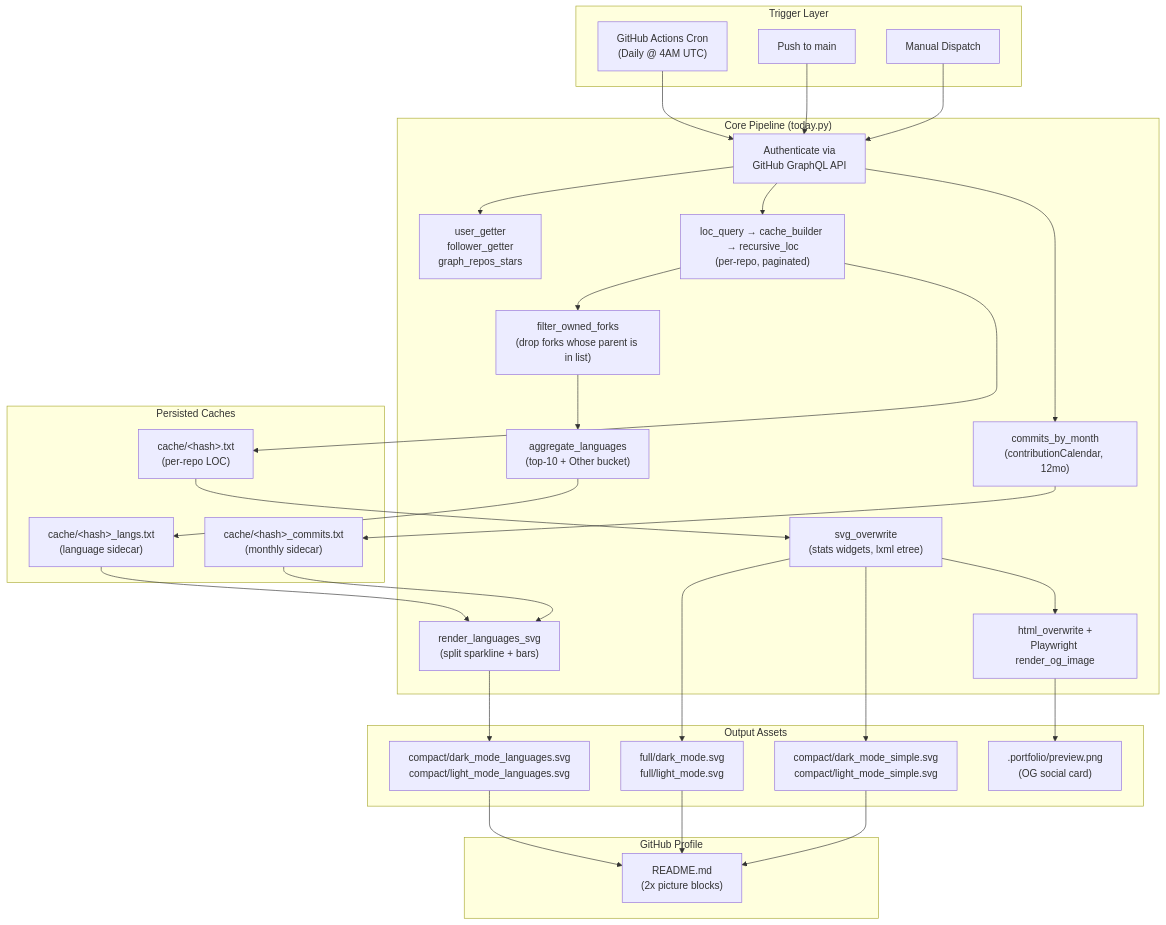
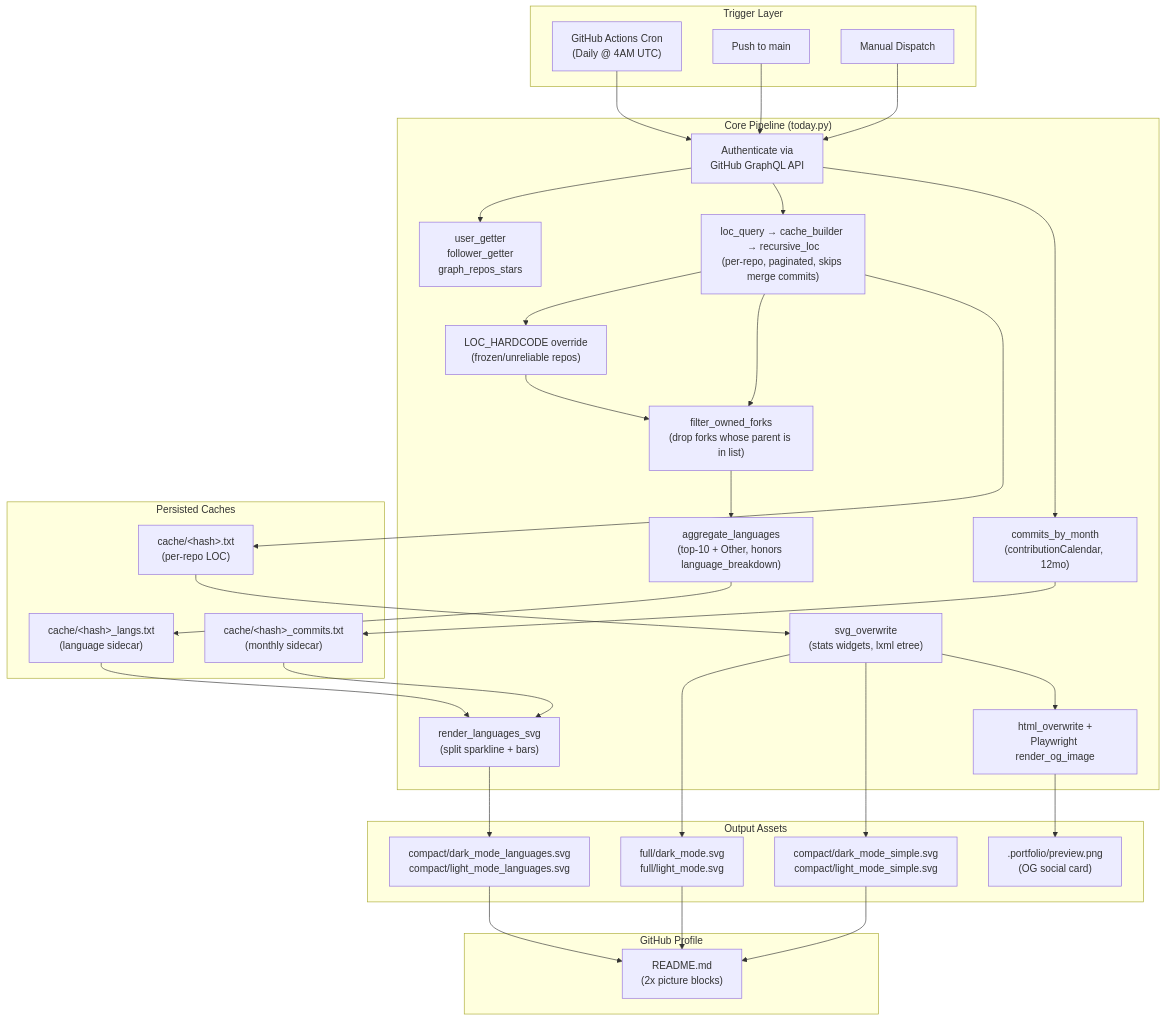
Before and after one commit to Technical-1/Technical-1: the diagram in .portfolio/architecture.md, drawn with Mermaid. The commit also changed other lines of this file and 2 other files, not shown here.

````diff
--- a/.portfolio/architecture.md
+++ b/.portfolio/architecture.md
@@ -5,60 +5,63 @@
 ```mermaid
 flowchart TD
     subgraph Trigger["Trigger Layer"]
         CRON["GitHub Actions Cron<br/>(Daily @ 4AM UTC)"]
         PUSH["Push to main"]
         MANUAL["Manual Dispatch"]
     end
 
     subgraph Core["Core Pipeline (today.py)"]
         AUTH["Authenticate via<br/>GitHub GraphQL API"]
         FETCH_USER["user_getter<br/>follower_getter<br/>graph_repos_stars"]
-        FETCH_LOC["loc_query → cache_builder → recursive_loc<br/>(per-repo, paginated)"]
+        FETCH_LOC["loc_query → cache_builder → recursive_loc<br/>(per-repo, paginated, skips merge commits)"]
+        HARDCODE["LOC_HARDCODE override<br/>(frozen/unreliable repos)"]
         FILTER_FORKS["filter_owned_forks<br/>(drop forks whose parent is in list)"]
-        AGG_LANG["aggregate_languages<br/>(top-10 + Other bucket)"]
+        AGG_LANG["aggregate_languages<br/>(top-10 + Other, honors language_breakdown)"]
         FETCH_COMMITS["commits_by_month<br/>(contributionCalendar, 12mo)"]
         SVG_SIMPLE["svg_overwrite<br/>(stats widgets, lxml etree)"]
         SVG_LANG["render_languages_svg<br/>(split sparkline + bars)"]
         OG_HTML["html_overwrite +<br/>Playwright render_og_image"]
     end
 
     subgraph Caches["Persisted Caches"]
         C_REPO["cache/&lt;hash&gt;.txt<br/>(per-repo LOC)"]
         C_LANGS["cache/&lt;hash&gt;_langs.txt<br/>(language sidecar)"]
         C_COMMITS["cache/&lt;hash&gt;_commits.txt<br/>(monthly sidecar)"]
     end
 
     subgraph Output["Output Assets"]
         FULL_D["full/dark_mode.svg<br/>full/light_mode.svg"]
         COMP_D["compact/dark_mode_simple.svg<br/>compact/light_mode_simple.svg"]
         COMP_L["compact/dark_mode_languages.svg<br/>compact/light_mode_languages.svg"]
         OG_PNG[".portfolio/preview.png<br/>(OG social card)"]
     end
 
     subgraph Display["GitHub Profile"]
         README["README.md<br/>(2x picture blocks)"]
     end
 
     CRON --> AUTH
     PUSH --> AUTH
     MANUAL --> AUTH
     AUTH --> FETCH_USER
     AUTH --> FETCH_LOC
     AUTH --> FETCH_COMMITS
+    FETCH_LOC --> HARDCODE
+    HARDCODE --> FILTER_FORKS
     FETCH_LOC --> FILTER_FORKS
     FILTER_FORKS --> AGG_LANG
     FETCH_LOC --> C_REPO
     AGG_LANG --> C_LANGS
     FETCH_COMMITS --> C_COMMITS
     C_REPO --> SVG_SIMPLE
     C_LANGS --> SVG_LANG
     C_COMMITS --> SVG_LANG
     SVG_SIMPLE --> FULL_D
     SVG_SIMPLE --> COMP_D
     SVG_LANG --> COMP_L
     SVG_SIMPLE --> OG_HTML
     OG_HTML --> OG_PNG
     FULL_D --> README
     COMP_D --> README
     COMP_L --> README
 ```
````
